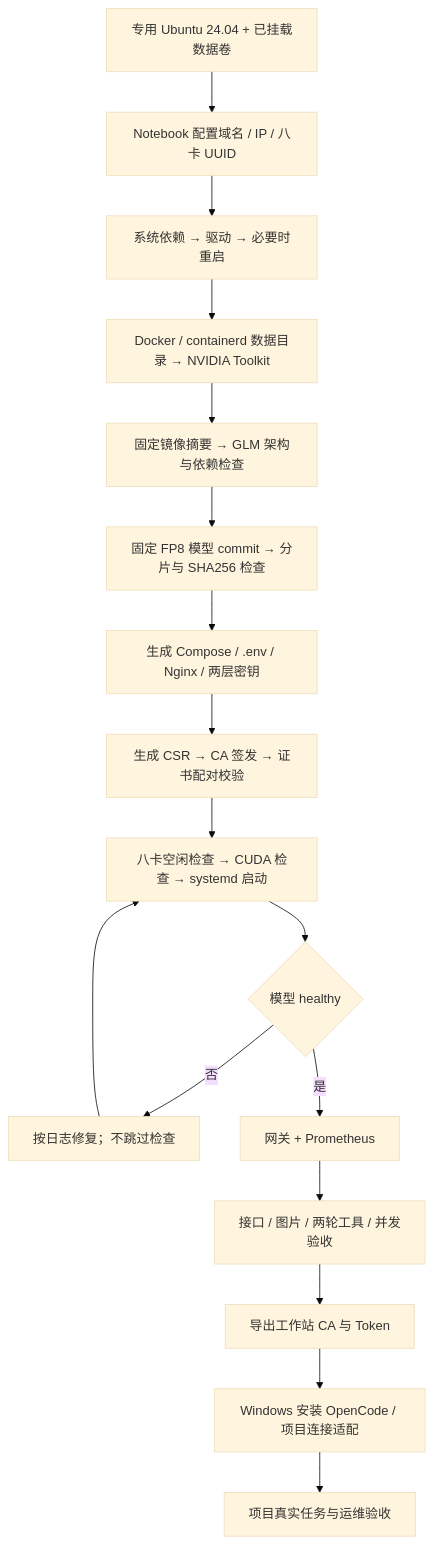
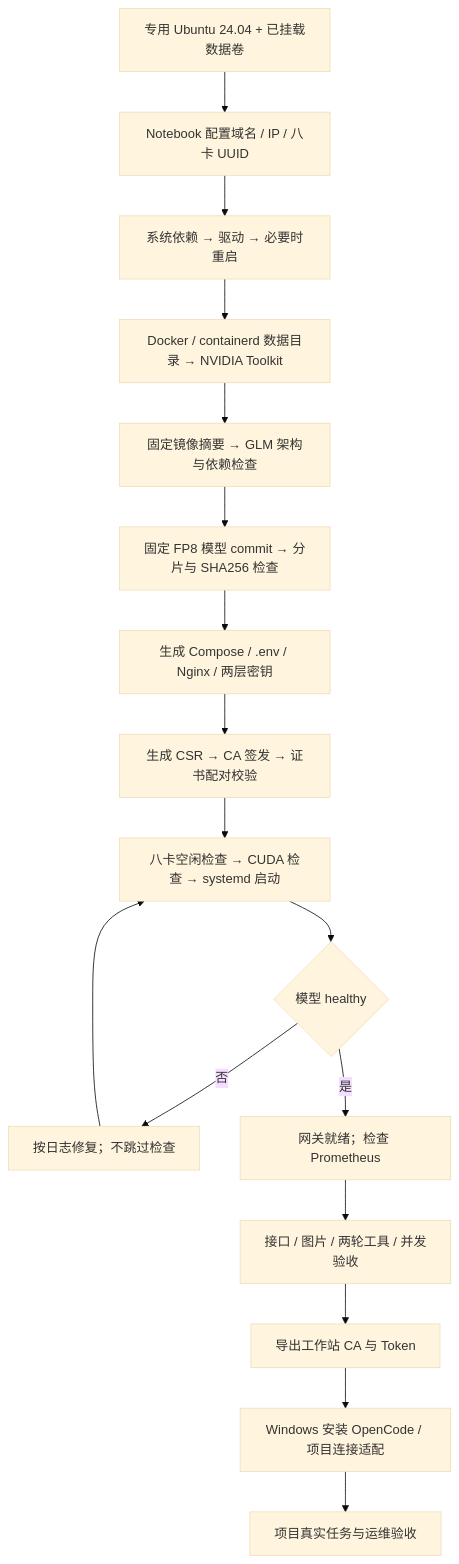
The first of 2 diagrams in docs/architecture.md (BY-Elysia/phyxi-enterprise-deploy), drawn with Mermaid (base theme) before and after one commit. The commit also changed other lines of this file and 1 other file, not shown here.

Commit message:
Update deployment architecture diagram in docs and notebook

````diff
--- a/docs/architecture.md
+++ b/docs/architecture.md
@@ -3,19 +3,19 @@
 ```mermaid
 flowchart TB
  A[专用 Ubuntu 24.04 + 已挂载数据卷] --> B[Notebook 配置域名 / IP / 八卡 UUID]
  B --> C[系统依赖 → 驱动 → 必要时重启]
  C --> D[Docker / containerd 数据目录 → NVIDIA Toolkit]
  D --> E[固定镜像摘要 → GLM 架构与依赖检查]
  E --> F[固定 FP8 模型 commit → 分片与 SHA256 检查]
  F --> G[生成 Compose / .env / Nginx / 两层密钥]
  G --> H[生成 CSR → CA 签发 → 证书配对校验]
  H --> I[八卡空闲检查 → CUDA 检查 → systemd 启动]
  I --> J{模型 healthy}
  J -->|否| K[按日志修复；不跳过检查]
  K --> I
- J -->|是| L[网关 + Prometheus]
+ J -->|是| L[网关就绪；检查 Prometheus]
  L --> M[接口 / 图片 / 两轮工具 / 并发验收]
  M --> N[导出工作站 CA 与 Token]
  N --> O[Windows 安装 OpenCode / 项目连接适配]
  O --> P[项目真实任务与运维验收]
 ```
````
